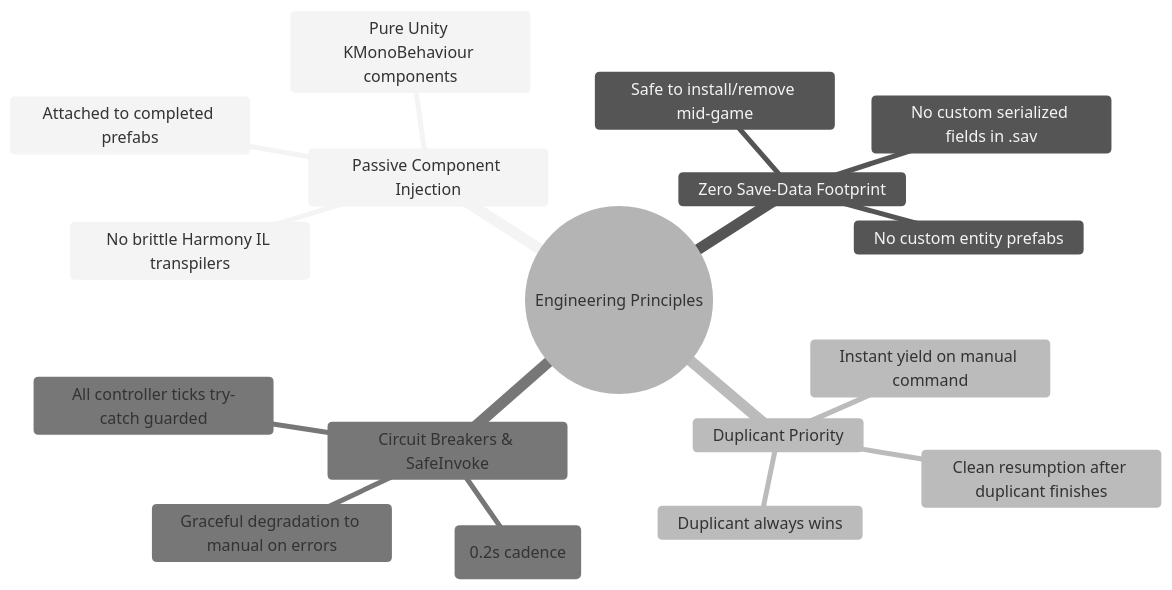
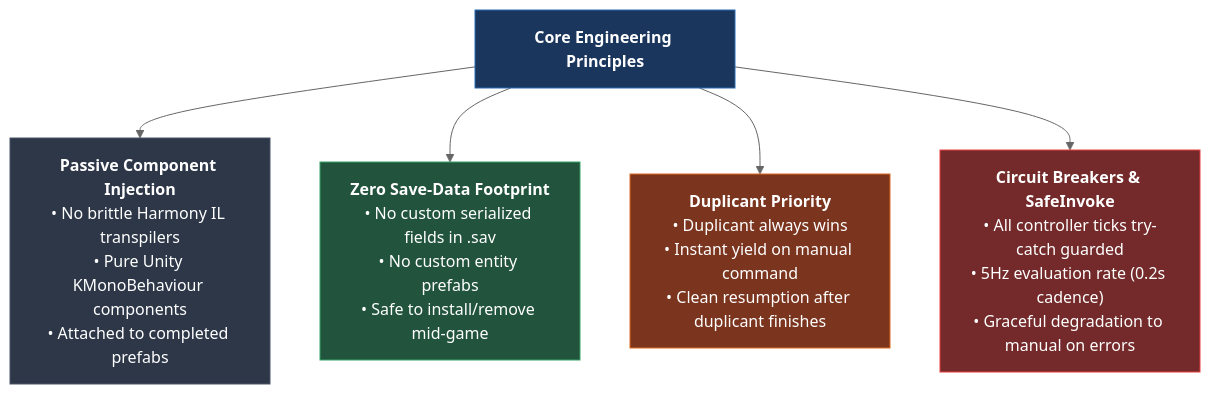
Before and after one commit to Eurekalo/Automatic_Industry: the first of 6 diagrams in wiki/Architecture-and-Design.md, drawn with Mermaid (neutral theme). The commit also changed other lines of this file and 5 other files, not shown here.

Commit message:
docs(wiki): fix Mermaid diagram syntax and quoting for GitHub renderer

````diff
--- a/wiki/Architecture-and-Design.md
+++ b/wiki/Architecture-and-Design.md
@@ -11,20 +11,13 @@
 ```mermaid
-mindmap
-  root((Engineering Principles))
-    Passive Component Injection
-      No brittle Harmony IL transpilers
-      Pure Unity KMonoBehaviour components
-      Attached to completed prefabs
-    Zero Save-Data Footprint
-      No custom serialized fields in .sav
-      No custom entity prefabs
-      Safe to install/remove mid-game
-    Duplicant Priority
-      Duplicant always wins
-      Instant yield on manual command
-      Clean resumption after duplicant finishes
-    Circuit Breakers & SafeInvoke
-      All controller ticks try-catch guarded
-      5Hz evaluation rate (0.2s cadence)
-      Graceful degradation to manual on errors
+flowchart TD
+    Root["<b>Core Engineering Principles</b>"] --> P1["<b>Passive Component Injection</b><br/>• No brittle Harmony IL transpilers<br/>• Pure Unity KMonoBehaviour components<br/>• Attached to completed prefabs"]
+    Root --> P2["<b>Zero Save-Data Footprint</b><br/>• No custom serialized fields in .sav<br/>• No custom entity prefabs<br/>• Safe to install/remove mid-game"]
+    Root --> P3["<b>Duplicant Priority</b><br/>• Duplicant always wins<br/>• Instant yield on manual command<br/>• Clean resumption after duplicant finishes"]
+    Root --> P4["<b>Circuit Breakers & SafeInvoke</b><br/>• All controller ticks try-catch guarded<br/>• 5Hz evaluation rate (0.2s cadence)<br/>• Graceful degradation to manual on errors"]
+    
+    style Root fill:#1a365d,stroke:#2b6cb0,color:#fff
+    style P1 fill:#2d3748,stroke:#4a5568,color:#fff
+    style P2 fill:#22543d,stroke:#38a169,color:#fff
+    style P3 fill:#7b341e,stroke:#dd6b20,color:#fff
+    style P4 fill:#742a2a,stroke:#e53e3e,color:#fff
 ```
````
